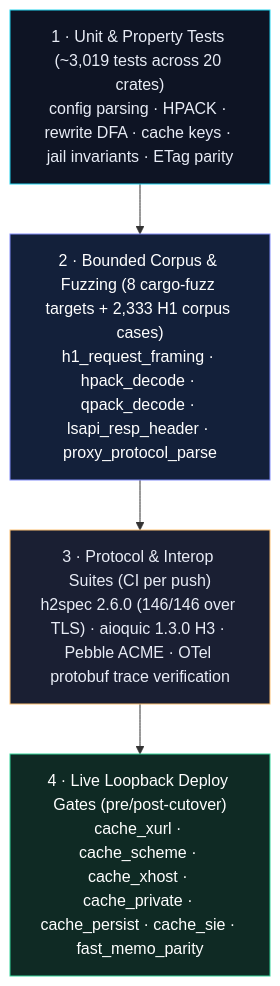
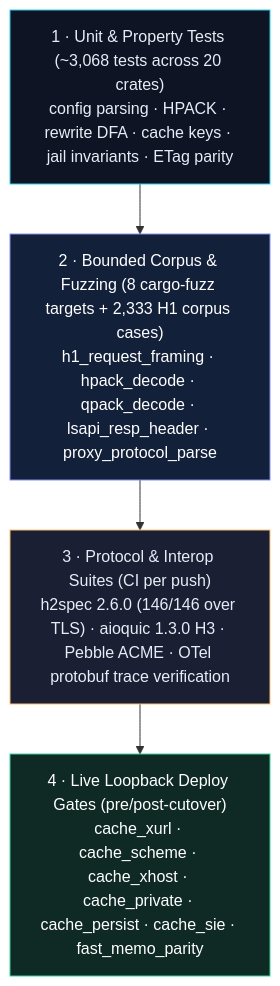
One commit to faratech/httpjet-site changed the diagram in docs-src/diagrams/verification-pyramid.mmd. Above: the diagram before and after it, drawn with Mermaid. The commit also changed 129 other files, not shown here.

```diff
--- a/docs-src/diagrams/verification-pyramid.mmd
+++ b/docs-src/diagrams/verification-pyramid.mmd
@@ -1,10 +1,10 @@
 flowchart TB
   classDef l1 fill:#0e1424,stroke:#22d3ee,color:#e8ecf6
   classDef l2 fill:#13203a,stroke:#818cf8,color:#fff
   classDef l3 fill:#1a1f33,stroke:#fbbf73,color:#e8ecf6
   classDef l4 fill:#0f2a24,stroke:#34d399,color:#fff
-  U["1 · Unit & Property Tests (~3,019 tests across 20 crates)<br/>config parsing · HPACK · rewrite DFA · cache keys · jail invariants · ETag parity"]:::l1
+  U["1 · Unit & Property Tests (~3,068 tests across 20 crates)<br/>config parsing · HPACK · rewrite DFA · cache keys · jail invariants · ETag parity"]:::l1
   F["2 · Bounded Corpus & Fuzzing (8 cargo-fuzz targets + 2,333 H1 corpus cases)<br/>h1_request_framing · hpack_decode · qpack_decode · lsapi_resp_header · proxy_protocol_parse"]:::l2
   I["3 · Protocol & Interop Suites (CI per push)<br/>h2spec 2.6.0 (146/146 over TLS) · aioquic 1.3.0 H3 · Pebble ACME · OTel protobuf trace verification"]:::l3
   G["4 · Live Loopback Deploy Gates (pre/post-cutover)<br/>cache_xurl · cache_scheme · cache_xhost · cache_private · cache_persist · cache_sie · fast_memo_parity"]:::l4
   U --> F --> I --> G
```
